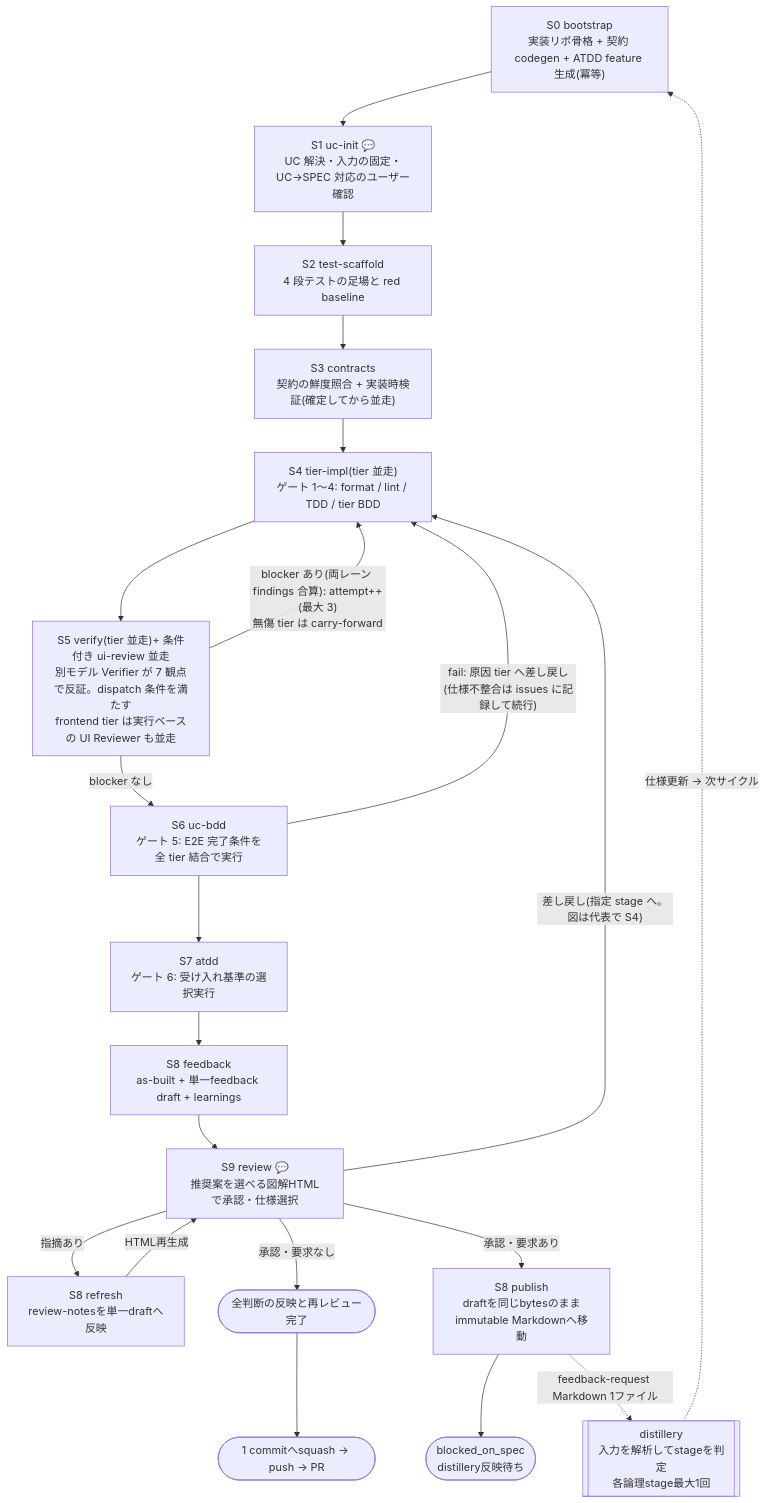
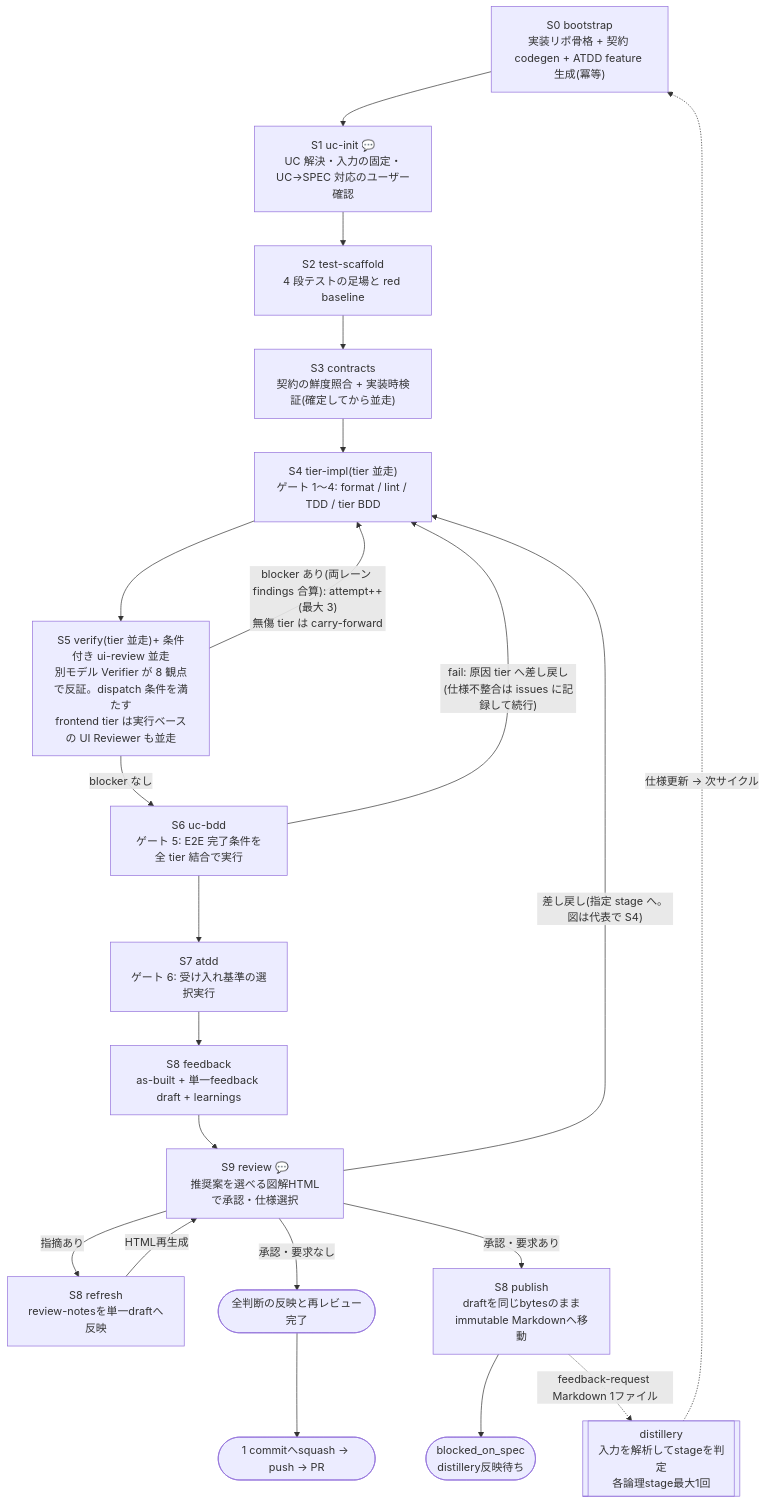
The diagram in plugins/distillery-impl/README.md (suwa-sh/suwa-sh-claude-plugins), drawn with Mermaid before and after one commit. The commit also changed other lines of this file and 19 other files, not shown here.

````diff
--- a/plugins/distillery-impl/README.md
+++ b/plugins/distillery-impl/README.md
@@ -38,33 +41,33 @@
 ```mermaid
 flowchart TD
     S0["S0 bootstrap<br/>実装リポ骨格 + 契約 codegen + ATDD feature 生成(冪等)"]
     S1["S1 uc-init 💬<br/>UC 解決・入力の固定・UC→SPEC 対応のユーザー確認"]
     S2["S2 test-scaffold<br/>4 段テストの足場と red baseline"]
     S3["S3 contracts<br/>契約の鮮度照合 + 実装時検証(確定してから並走)"]
     S4["S4 tier-impl(tier 並走)<br/>ゲート 1〜4: format / lint / TDD / tier BDD"]
-    S5["S5 verify(tier 並走)+ 条件付き ui-review 並走<br/>別モデル Verifier が 7 観点で反証。dispatch 条件を満たす<br/>frontend tier は実行ベースの UI Reviewer も並走"]
+    S5["S5 verify(tier 並走)+ 条件付き ui-review 並走<br/>別モデル Verifier が 8 観点で反証。dispatch 条件を満たす<br/>frontend tier は実行ベースの UI Reviewer も並走"]
     S6["S6 uc-bdd<br/>ゲート 5: E2E 完了条件を全 tier 結合で実行"]
     S7["S7 atdd<br/>ゲート 6: 受け入れ基準の選択実行"]
     S8["S8 feedback<br/>as-built + 単一feedback draft + learnings"]
     S9["S9 review 💬<br/>推奨案を選べる図解HTMLで承認・仕様選択"]
     REFRESH["S8 refresh<br/>review-notesを単一draftへ反映"]
     PUBLISH["S8 publish<br/>draftを同じbytesのまま<br/>immutable Markdownへ移動"]
     READY(["全判断の反映と再レビュー完了"])
     PR(["1 commitへsquash → push → PR"])
     BLOCKED(["blocked_on_spec<br/>distillery反映待ち"])
     DIST[["distillery<br/>入力を解析してstageを判定<br/>各論理stage最大1回"]]
 
     S0 --> S1 --> S2 --> S3 --> S4 --> S5
     S5 -->|"blocker あり(両レーン findings 合算): attempt++(最大 3)<br/>無傷 tier は carry-forward"| S4
     S5 -->|blocker なし| S6
     S6 -->|"fail: 原因 tier へ差し戻し<br/>(仕様不整合は issues に記録して続行)"| S4
     S6 --> S7 --> S8 --> S9
     S9 -->|"差し戻し(指定 stage へ。図は代表で S4)"| S4
     S9 -->|"承認・要求なし"| READY --> PR
     S9 -->|"承認・要求あり"| PUBLISH
     S9 -->|"指摘あり"| REFRESH
     REFRESH -->|"HTML再生成"| S9
     PUBLISH --> BLOCKED
     PUBLISH -.->|feedback-request Markdown 1ファイル| DIST
     DIST -.->|仕様更新 → 次サイクル| S0
 ```
````
